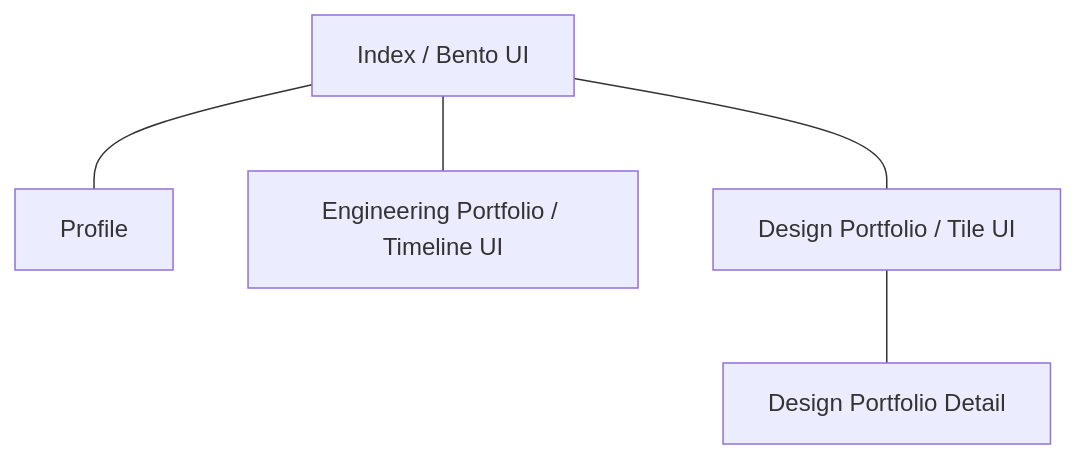
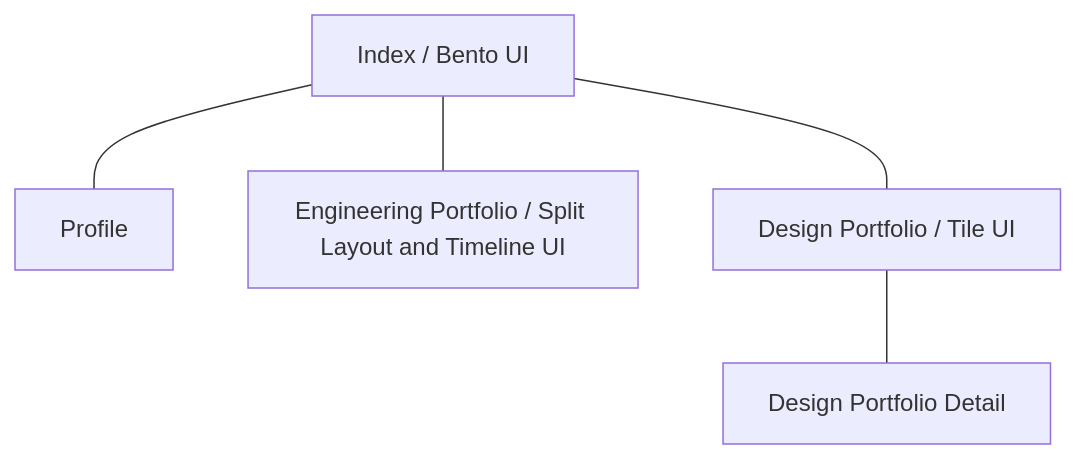
Before and after one commit to Oxmilch/portfolio: the diagram in README.md, drawn with Mermaid. The commit also changed 5 other files, not shown here.

````diff
--- a/README.md
+++ b/README.md
@@ -41,8 +41,8 @@
 ```mermaid
 graph TD
     A[Index / Bento UI] --- B[Profile]
-    A --- C[Engineering Portfolio / Timeline UI]
+    A --- C[Engineering Portfolio / Split Layout and Timeline UI]
     A --- D[Design Portfolio / Tile UI]
 
     D --- E[Design Portfolio Detail]
 ```
````
